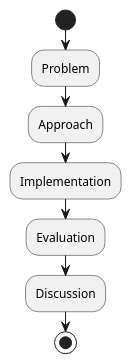
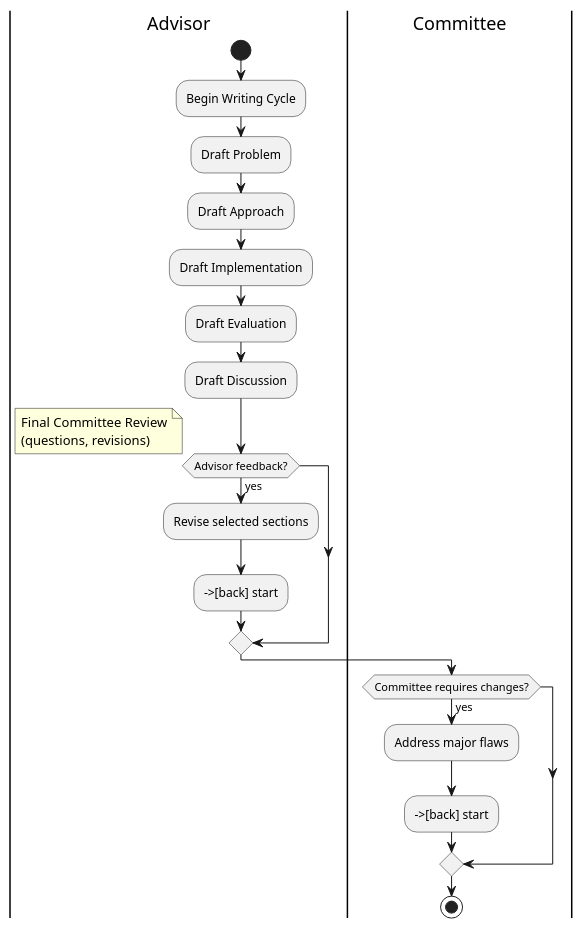
The first of 2 diagrams in aipa/part-iv/ch12-the-students-artificial-intelligence/lecture-06.adoc (InquiryInstitute/AIPA), drawn with PlantUML before and after one commit. The commit also changed other lines of this file and 128 other files, not shown here.

```diff
--- a/aipa/part-iv/ch12-the-students-artificial-intelligence/lecture-06.adoc
+++ b/aipa/part-iv/ch12-the-students-artificial-intelligence/lecture-06.adoc
@@ -57,12 +117,24 @@
-[plantuml,ch12-l06,png,theme=sketchy-outline]
+[plantuml,ch12-l06-iterative,png,theme=sketchy-outline]
 ....
 @startuml
+|Advisor|
 start
-:Problem;
-:Approach;
-:Implementation;
-:Evaluation;
-:Discussion;
+:Begin Writing Cycle;
+:Draft Problem;
+:Draft Approach;
+:Draft Implementation;
+:Draft Evaluation;
+:Draft Discussion;
+if (Advisor feedback?) then (yes)
+  :Revise selected sections;
+  -->[back] start
+endif
+|Committee|
+note right: Final Committee Review\n(questions, revisions)
+if (Committee requires changes?) then (yes)
+  :Address major flaws;
+  -->[back] start
+endif
 stop
 @enduml
 ....
```
